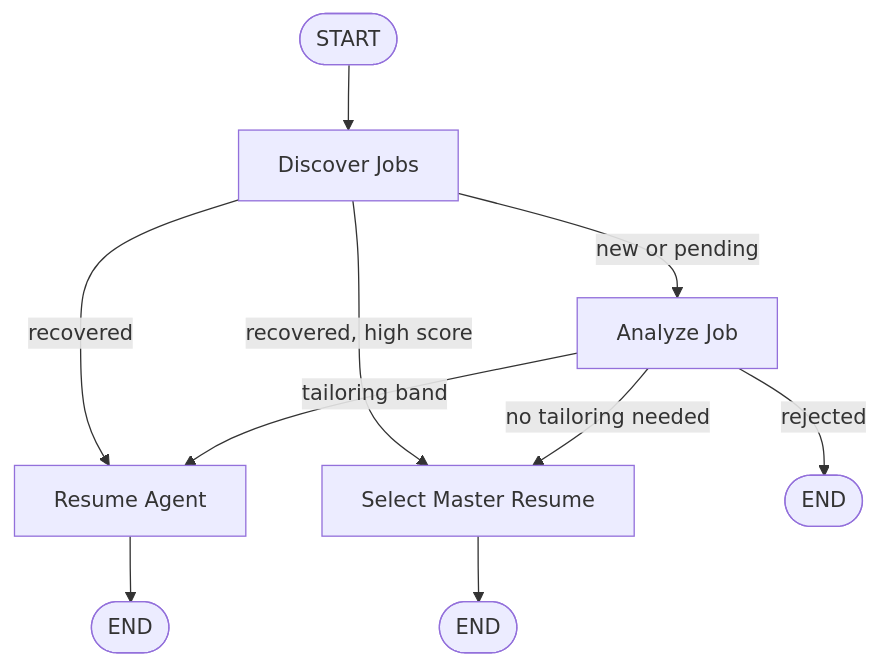
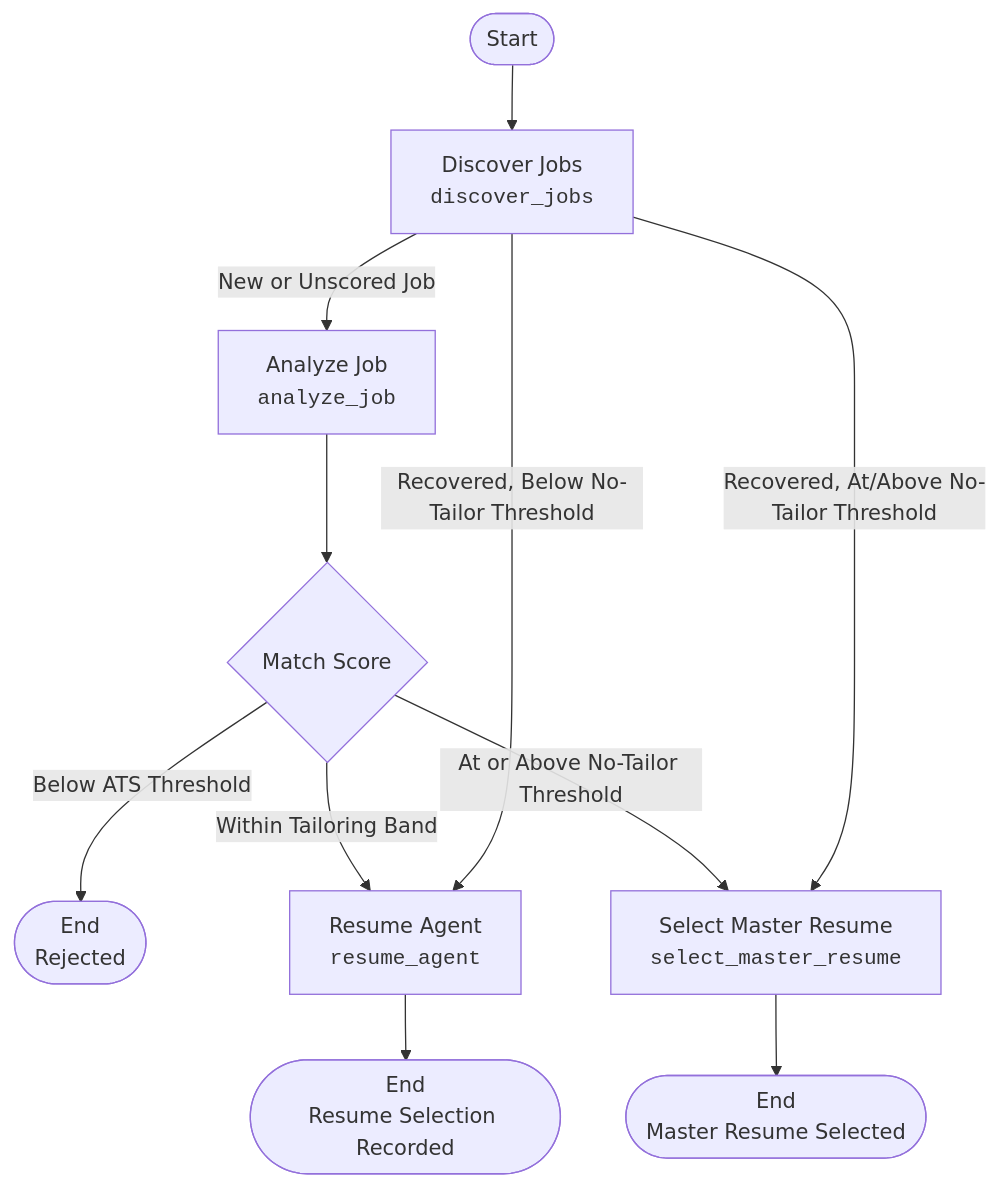
The second of 3 diagrams in README.md (savsuth/Jobify), drawn with Mermaid before and after one commit. The commit also changed other lines of this file, not shown here.

First line of the commit message:
Rewrite README in formal technical style with accurate architecture diagrams

````diff
--- a/README.md
+++ b/README.md
@@ -50,12 +159,16 @@
 ```mermaid
 flowchart TD
-    START([START]) --> DJ[Discover Jobs]
-    DJ -->|new or pending| AJ[Analyze Job]
-    DJ -->|recovered| RA[Resume Agent]
-    DJ -->|recovered, high score| SM[Select Master Resume]
-    AJ -->|rejected| END1([END])
-    AJ -->|tailoring band| RA
-    AJ -->|no tailoring needed| SM
-    RA --> END2([END])
-    SM --> END3([END])
+    START(["Start"]) --> DJ["Discover Jobs<br/><code>discover_jobs</code>"]
+
+    DJ -->|New or Unscored Job| AJ["Analyze Job<br/><code>analyze_job</code>"]
+    AJ --> D1{"Match Score"}
+    D1 -->|Below ATS Threshold| REJ(["End<br/>Rejected"])
+    D1 -->|Within Tailoring Band| RA["Resume Agent<br/><code>resume_agent</code>"]
+    D1 -->|At or Above No-Tailor Threshold| SM["Select Master Resume<br/><code>select_master_resume</code>"]
+
+    DJ -->|"Recovered, Below No-Tailor Threshold"| RA
+    DJ -->|"Recovered, At/Above No-Tailor Threshold"| SM
+
+    RA --> DONE1(["End<br/>Resume Selection Recorded"])
+    SM --> DONE2(["End<br/>Master Resume Selected"])
 ```
````
